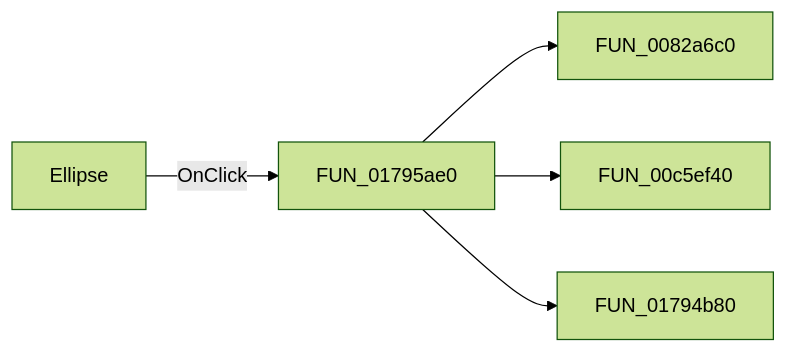
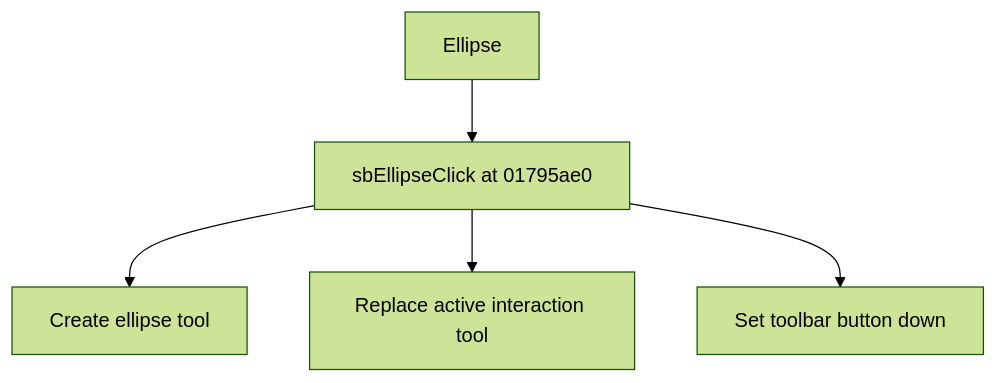
One commit to MovGP0/TIARA changed the diagram in docs/ui-controls/shapeedit/sbellipse-c186fe3d6c.md. Above: the diagram before and after it, drawn with Mermaid (forest theme). The commit also changed other lines of this file and 1062 other files, not shown here.

````diff
--- a/docs/ui-controls/shapeedit/sbellipse-c186fe3d6c.md
+++ b/docs/ui-controls/shapeedit/sbellipse-c186fe3d6c.md
@@ -27,7 +27,7 @@
 ```mermaid
-flowchart LR
-    control["Ellipse"] -->|OnClick| handler["FUN_01795ae0"]
-    handler --> call1["FUN_0082a6c0"]
-    handler --> call2["FUN_00c5ef40"]
-    handler --> call3["FUN_01794b80"]
+flowchart TD
+    control["Ellipse"] --> handler["sbEllipseClick at 01795ae0"]
+    handler --> step1["Create ellipse tool"]
+    handler --> step2["Replace active interaction tool"]
+    handler --> step3["Set toolbar button down"]
 ```
````
